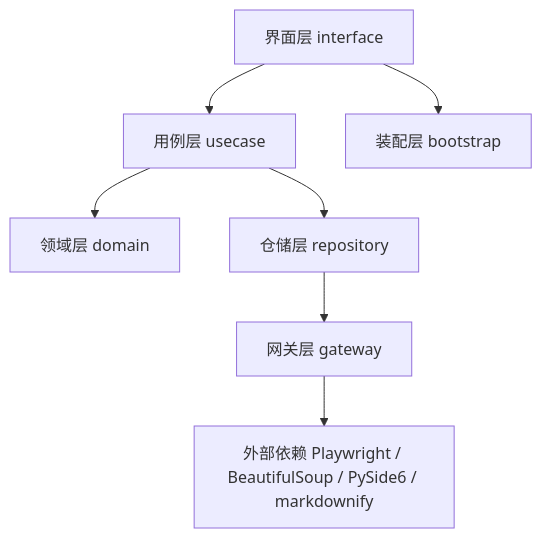
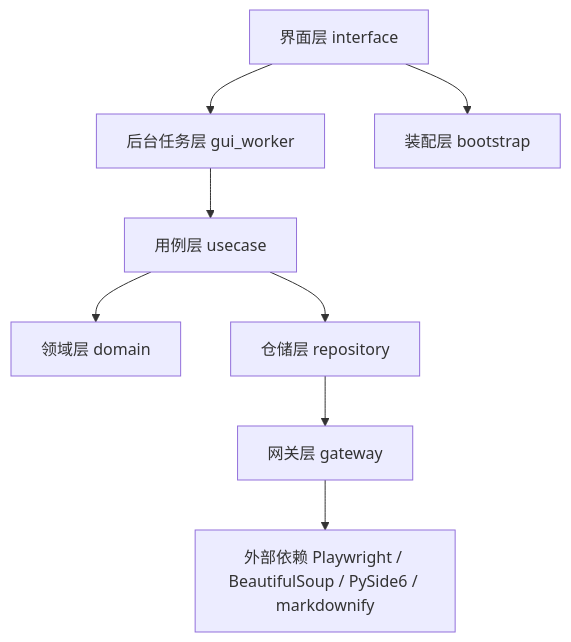
One commit to nzwl2020/deepwiki-to-md-gui changed the first of 3 diagrams in docs/DEVELOPMENT.md. Above: the diagram before and after it, drawn with Mermaid. The commit also changed other lines of this file and 15 other files, not shown here.

````diff
--- a/docs/DEVELOPMENT.md
+++ b/docs/DEVELOPMENT.md
@@ -30,9 +43,10 @@
 ```mermaid
 graph TD
-    UI["界面层 interface"] --> UC["用例层 usecase"]
+    UI["界面层 interface"] --> WORKER["后台任务层 gui_worker"]
     UI --> BOOT["装配层 bootstrap"]
+    WORKER --> UC["用例层 usecase"]
     UC --> DOMAIN["领域层 domain"]
     UC --> REPO["仓储层 repository"]
     REPO --> GATEWAY["网关层 gateway"]
     GATEWAY --> EXT["外部依赖 Playwright / BeautifulSoup / PySide6 / markdownify"]
 ```
````
